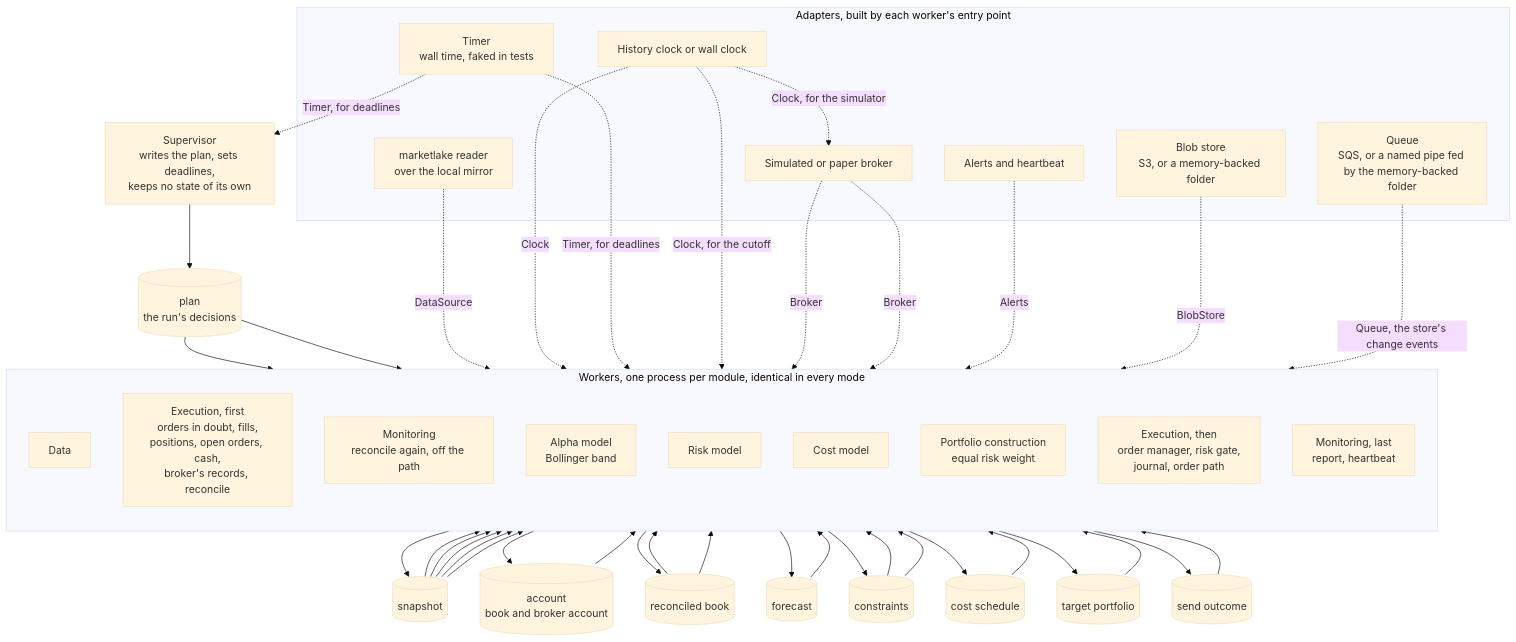
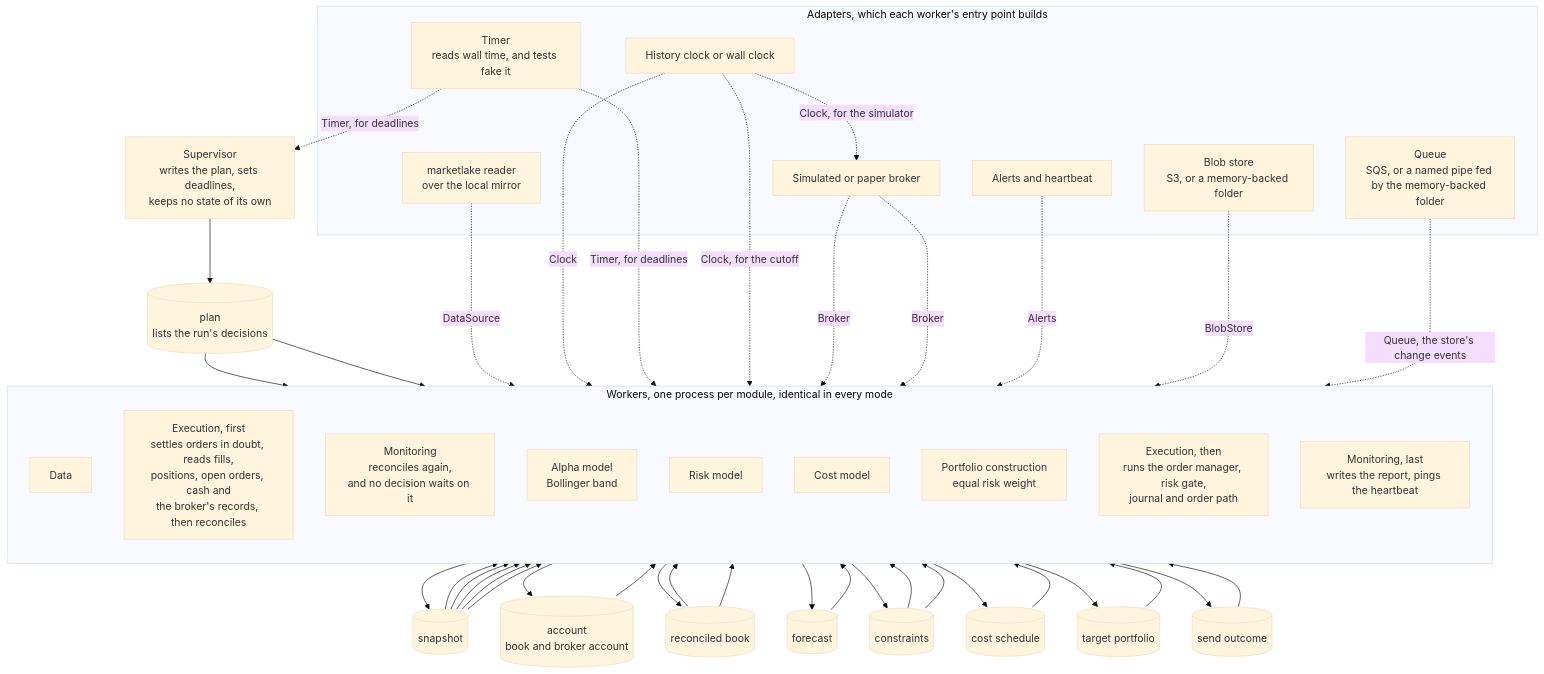
Before and after one commit to l3a0/ithildin-runtime: the ninth of 35 diagrams in docs/architecture.md, drawn with Mermaid (base theme). The commit also changed other lines of this file and 2 other files, not shown here.

First line of the commit message:
docs: restyle the words in the Mermaid diagrams

````diff
--- a/docs/architecture.md
+++ b/docs/architecture.md
@@ -494,69 +494,69 @@
 ```mermaid
 flowchart TB
     sup["Supervisor<br/>writes the plan, sets deadlines,<br/>keeps no state of its own"]
-    plan[("plan<br/>the run's decisions")]
+    plan[("plan<br/>lists the run's decisions")]
     sup --> plan
 
     subgraph workers["Workers, one process per module, identical in every mode"]
         direction TB
         data["Data"]
-        exec_recover["Execution, first<br/>orders in doubt, fills,<br/>positions, open orders, cash,<br/>broker's records, reconcile"]
-        mon_recon["Monitoring<br/>reconcile again, off the path"]
+        exec_recover["Execution, first<br/>settles orders in doubt, reads fills,<br/>positions, open orders, cash and<br/>the broker's records, then reconciles"]
+        mon_recon["Monitoring<br/>reconciles again,<br/>and no decision waits on it"]
         alpha["Alpha model<br/>Bollinger band"]
         risk["Risk model"]
         cost["Cost model"]
         pc["Portfolio construction<br/>equal risk weight"]
-        exec_send["Execution, then<br/>order manager, risk gate,<br/>journal, order path"]
-        mon_report["Monitoring, last<br/>report, heartbeat"]
+        exec_send["Execution, then<br/>runs the order manager, risk gate,<br/>journal and order path"]
+        mon_report["Monitoring, last<br/>writes the report, pings the heartbeat"]
     end
 
     snap[("snapshot")]
     acct[("account<br/>book and broker account")]
     book[("reconciled book")]
     fc[("forecast")]
     cons[("constraints")]
     sched[("cost schedule")]
     target[("target portfolio")]
     outcome[("send outcome")]
 
     plan --> data
     plan --> exec_recover
     snap --> exec_recover
     data --> snap
     exec_recover --> acct --> mon_recon
     exec_recover --> book
     snap --> alpha --> fc
     snap --> risk
     book --> risk --> cons
     snap --> cost --> sched
     fc --> pc
     cons --> pc
     sched --> pc
     book --> pc --> target
     target --> exec_send
     cons --> exec_send
     snap --> exec_send
     exec_send --> outcome --> mon_report
 
-    subgraph adapters["Adapters, built by each worker's entry point"]
+    subgraph adapters["Adapters, which each worker's entry point builds"]
         lakesrc["marketlake reader<br/>over the local mirror"]
         clock["History clock or wall clock"]
-        timer["Timer<br/>wall time, faked in tests"]
+        timer["Timer<br/>reads wall time, and tests fake it"]
         broker["Simulated or paper broker"]
         store["Blob store<br/>S3, or a memory-backed folder"]
         alertsink["Alerts and heartbeat"]
         queue["Queue<br/>SQS, or a named pipe fed by the memory-backed folder"]
     end
 
     lakesrc -. "DataSource" .-> data
     clock -. "Clock" .-> data
     timer -. "Timer, for deadlines" .-> sup
     timer -. "Timer, for deadlines" .-> mon_report
     clock -. "Clock, for the cutoff" .-> exec_send
     clock -. "Clock, for the simulator" .-> broker
     broker -. "Broker" .-> exec_recover
     broker -. "Broker" .-> exec_send
     store -. "BlobStore" .-> workers
     alertsink -. "Alerts" .-> mon_report
         queue -. "Queue, the store's change events" .-> workers
 ```
````
